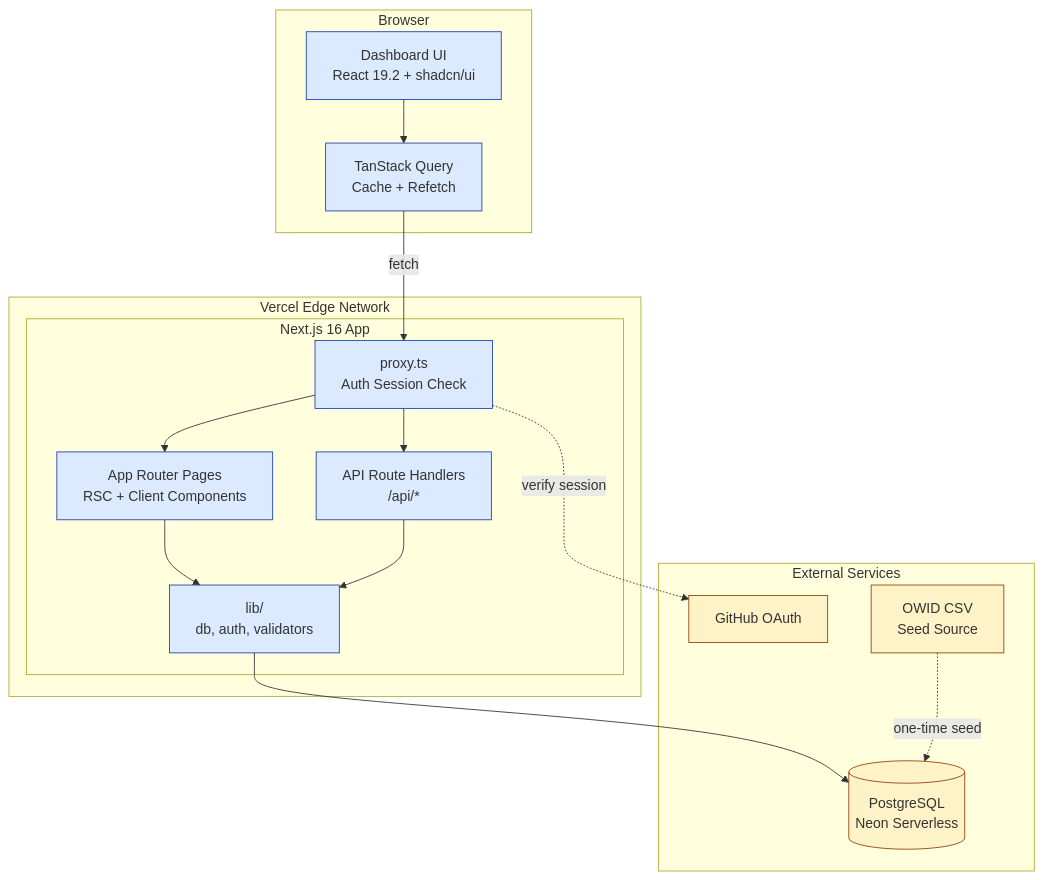
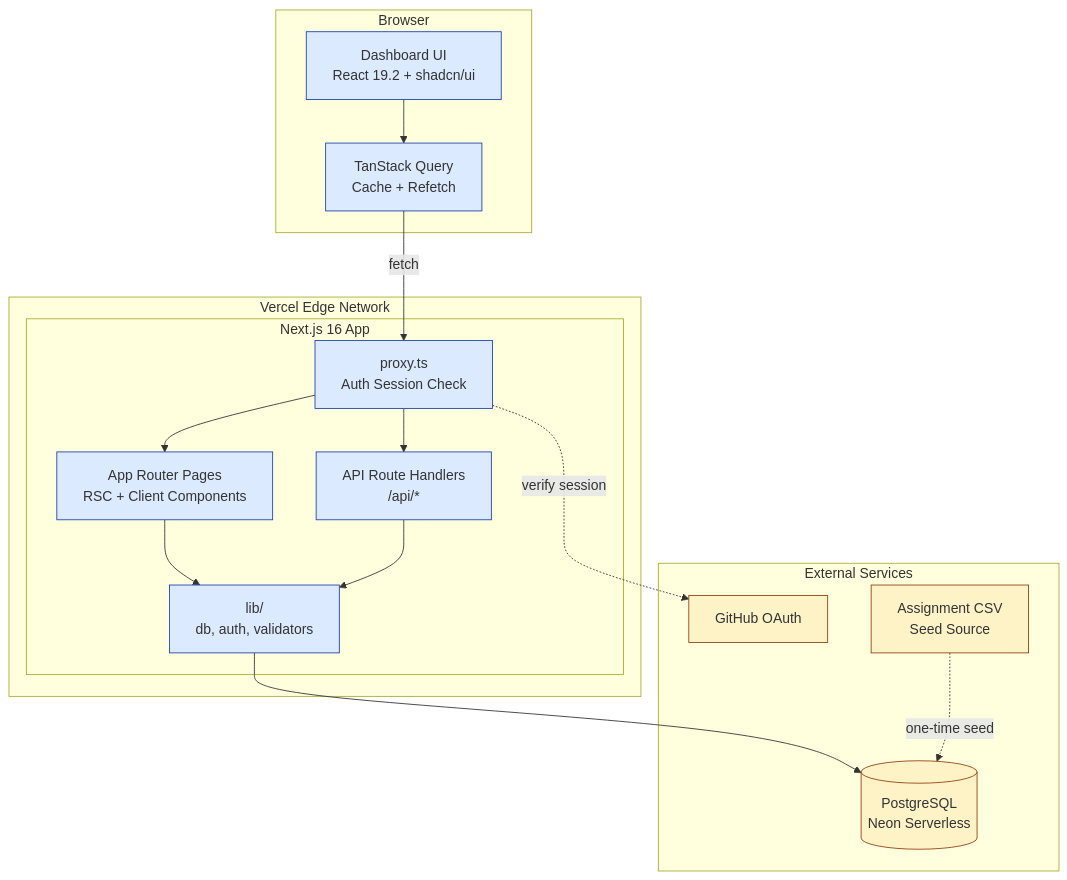
The first of 5 diagrams in docs/draft/01-architecture.md (takoonit/assignment-locarb-ggeDashboard), drawn with Mermaid before and after one commit. The commit also changed other lines of this file and 1 other file, not shown here.

First line of the commit message:
docs: update architecture spec and add data model spec

````diff
--- a/docs/draft/01-architecture.md
+++ b/docs/draft/01-architecture.md
@@ -19,37 +19,37 @@
 ```mermaid
 flowchart TB
     subgraph Browser
         UI[Dashboard UI<br/>React 19.2 + shadcn/ui]
         TQ[TanStack Query<br/>Cache + Refetch]
         UI --> TQ
     end
 
     subgraph Vercel["Vercel Edge Network"]
         subgraph NextApp["Next.js 16 App"]
             Proxy[proxy.ts<br/>Auth Session Check]
             Pages[App Router Pages<br/>RSC + Client Components]
             API[API Route Handlers<br/>/api/*]
             Lib[lib/<br/>db, auth, validators]
         end
     end
 
     subgraph External["External Services"]
         Neon[(PostgreSQL<br/>Neon Serverless)]
         GitHub[GitHub OAuth]
-        OWID[OWID CSV<br/>Seed Source]
+        CSV[Assignment CSV<br/>Seed Source]
     end
 
     TQ -->|fetch| Proxy
     Proxy --> Pages
     Proxy --> API
     Pages --> Lib
     API --> Lib
     Lib --> Neon
     Proxy -.->|verify session| GitHub
-    OWID -.->|one-time seed| Neon
+    CSV -.->|one-time seed| Neon
 
     classDef external fill:#fef3c7,stroke:#92400e
     classDef app fill:#dbeafe,stroke:#1e40af
-    class Neon,GitHub,OWID external
+    class Neon,GitHub,CSV external
     class UI,TQ,Proxy,Pages,API,Lib app
 ```
````
